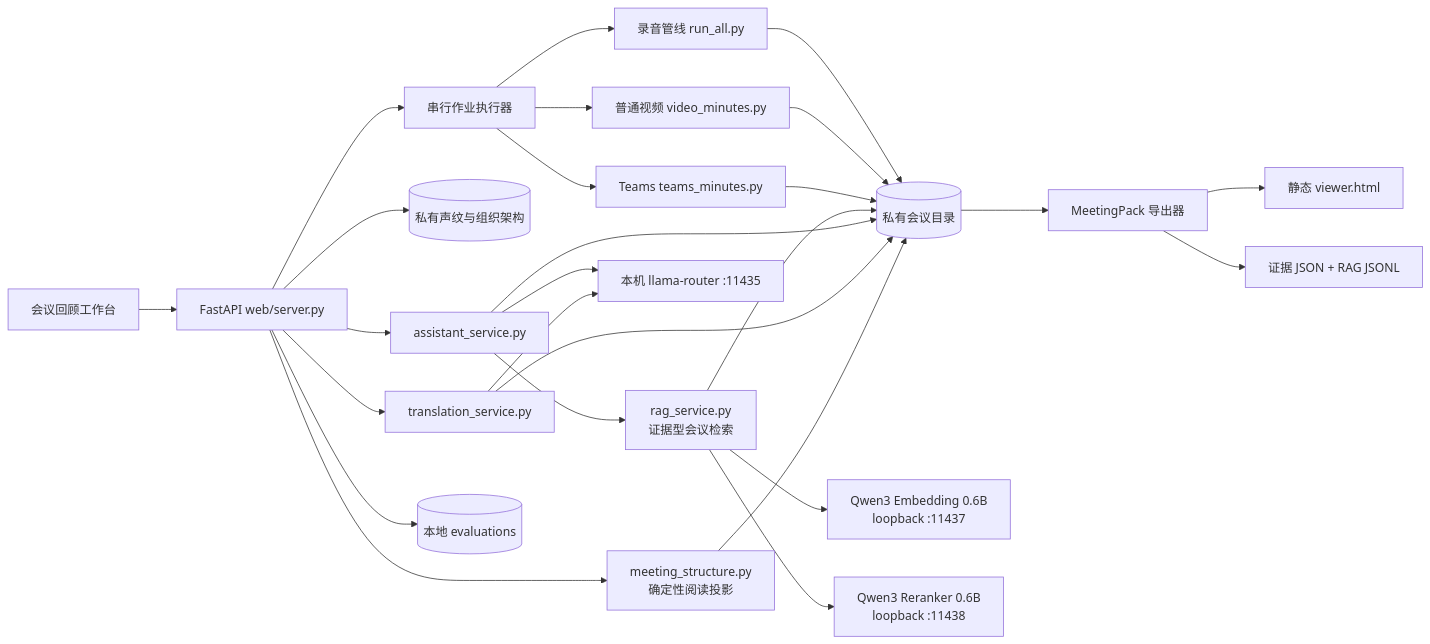
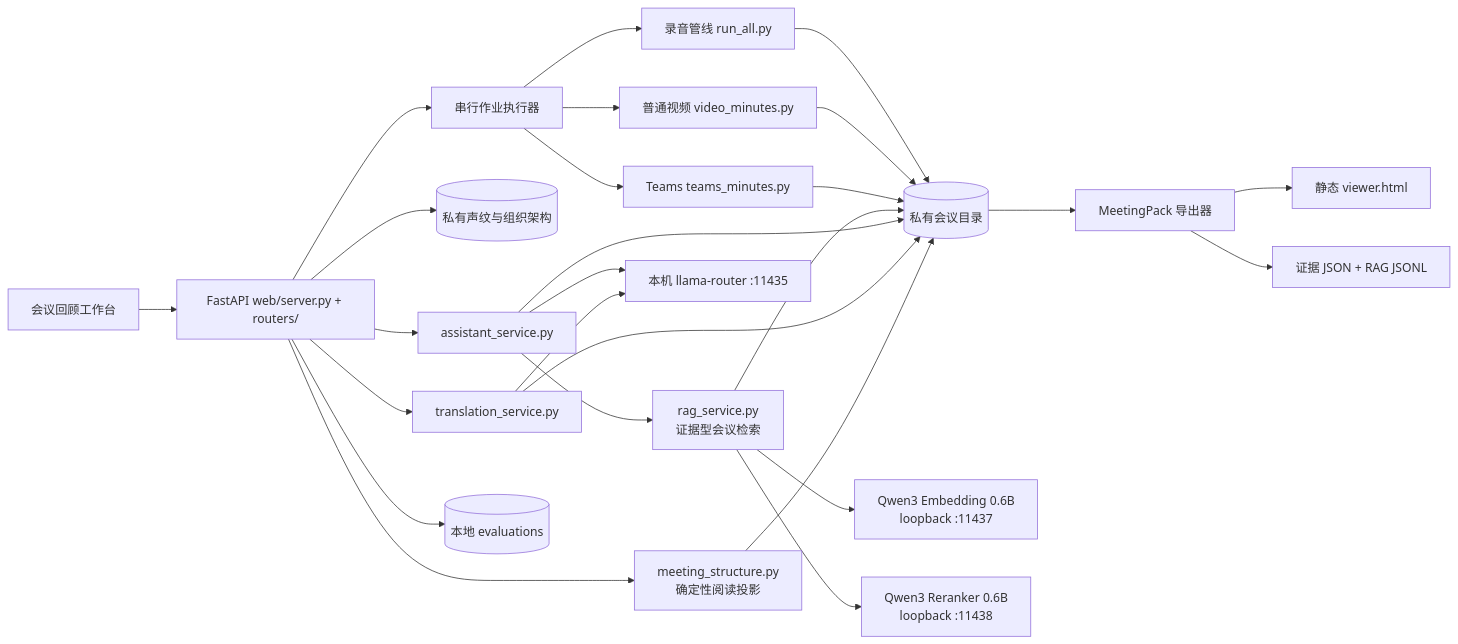
Before and after one commit to JohnnyBGoodeLithium/Local-Video-Meeting-Minutes: the diagram in docs/ARCHITECTURE.md, drawn with Mermaid. The commit also changed 16 other files, not shown here.

Commit message:
refactor: split web server into deps, job store and routers

````diff
--- a/docs/ARCHITECTURE.md
+++ b/docs/ARCHITECTURE.md
@@ -11,28 +11,28 @@
 ```mermaid
 flowchart LR
-    UI[会议回顾工作台] --> API[FastAPI web/server.py]
+    UI[会议回顾工作台] --> API[FastAPI web/server.py + routers/]
     API --> JOBS[串行作业执行器]
     JOBS --> AUDIO[录音管线 run_all.py]
     JOBS --> VIDEO[普通视频 video_minutes.py]
     JOBS --> TEAMS[Teams teams_minutes.py]
     AUDIO --> DATA[(私有会议目录)]
     VIDEO --> DATA
     TEAMS --> DATA
     API --> BANK[(私有声纹与组织架构)]
     API --> ASSIST[assistant_service.py]
     ASSIST --> MRAG[rag_service.py\n证据型会议检索]
     MRAG --> DATA
     MRAG --> EMBED[Qwen3 Embedding 0.6B\nloopback :11437]
     MRAG --> RERANK[Qwen3 Reranker 0.6B\nloopback :11438]
     ASSIST --> ROUTER[本机 llama-router :11435]
     ASSIST --> DATA
     API --> TRANS[translation_service.py]
     TRANS --> ROUTER
     TRANS --> DATA
     API --> STRUCT[meeting_structure.py\n确定性阅读投影]
     STRUCT --> DATA
     API --> EVAL[(本地 evaluations)]
     DATA --> EXPORT[MeetingPack 导出器]
     EXPORT --> VIEWER[静态 viewer.html]
     EXPORT --> RAG[证据 JSON + RAG JSONL]
 ```
````
